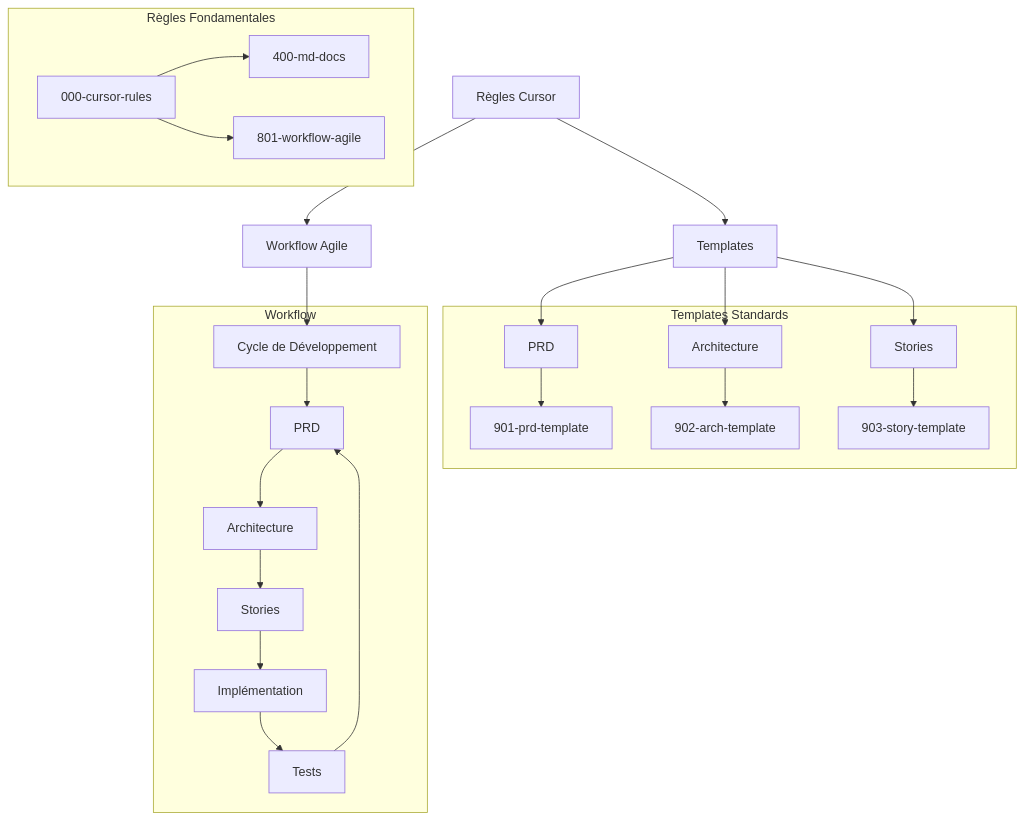
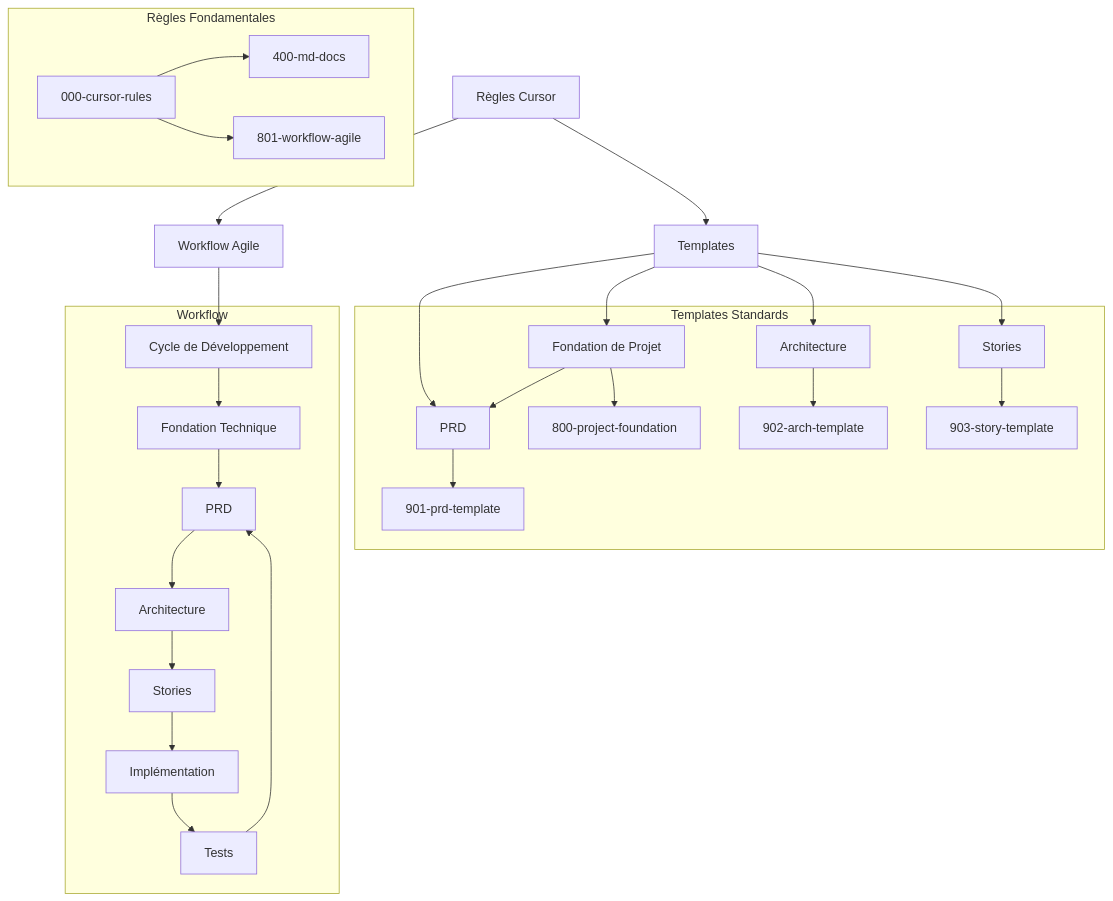
Before and after one commit to giak/cursor-auto-rules-agile-workflow: the first of 5 diagrams in docs/GUIDE.md, drawn with Mermaid. The commit also changed other lines of this file and 7 other files, not shown here.

First line of the commit message:
feat: Add project foundation documentation template and workflow integration

````diff
--- a/docs/GUIDE.md
+++ b/docs/GUIDE.md
@@ -5,29 +5,33 @@
 ```mermaid
 graph TB
     A[Règles Cursor] --> B[Templates]
     A --> C[Workflow Agile]
+    B --> BP[Fondation de Projet]
     B --> D[PRD]
     B --> E[Architecture]
     B --> F[Stories]
     C --> G[Cycle de Développement]
+    BP --> D
 
     subgraph "Règles Fondamentales"
         A1[000-cursor-rules] --> A2[400-md-docs]
         A1 --> A3[801-workflow-agile]
     end
 
     subgraph "Templates Standards"
+        BP --> BP1[800-project-foundation]
         D --> D1[901-prd-template]
         E --> E1[902-arch-template]
         F --> F1[903-story-template]
     end
 
     subgraph "Workflow"
-        G --> G1[PRD]
+        G --> G0[Fondation Technique]
+        G0 --> G1[PRD]
         G1 --> G2[Architecture]
         G2 --> G3[Stories]
         G3 --> G4[Implémentation]
         G4 --> G5[Tests]
         G5 --> G1
     end
 ```
````
